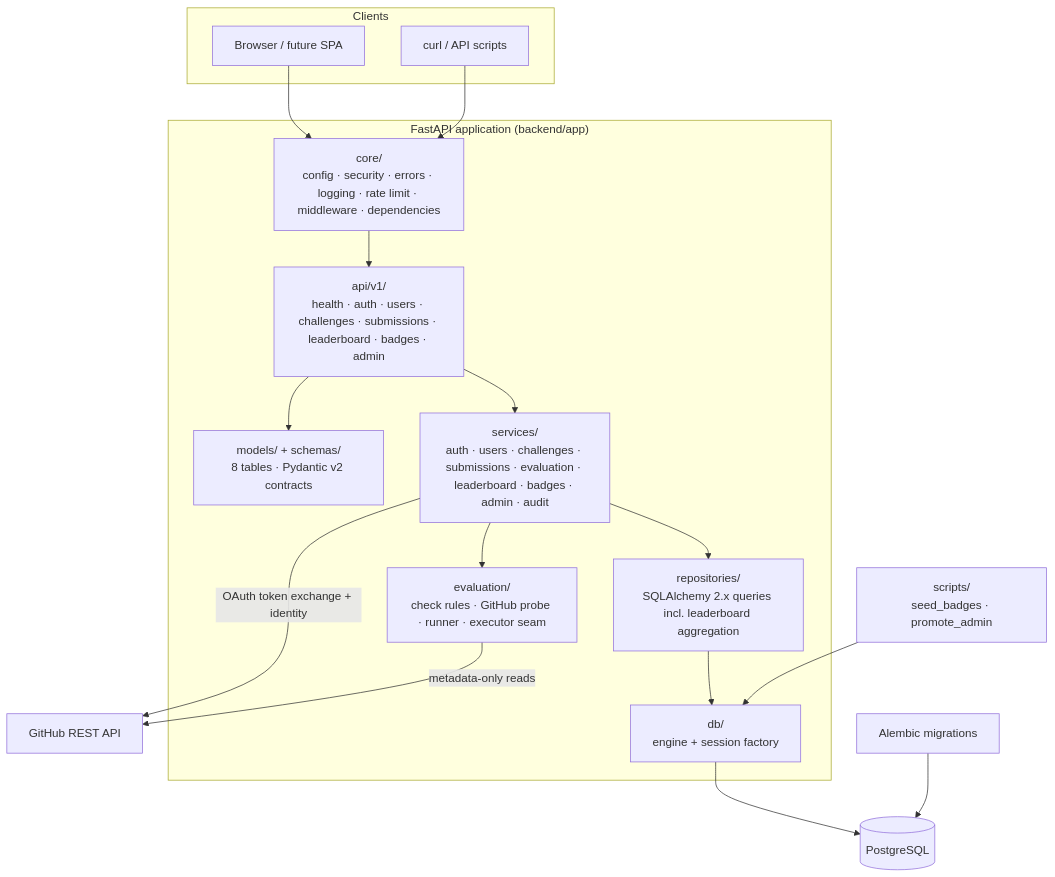
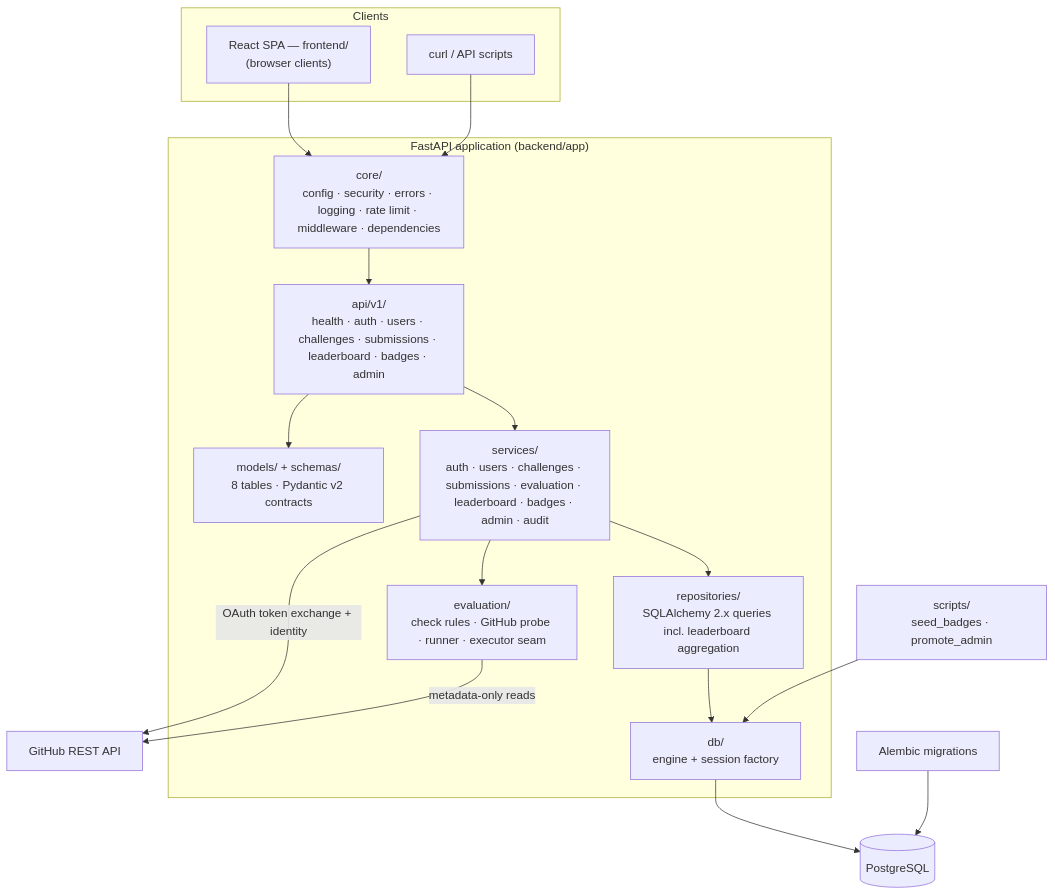
Before and after one commit to Markkaruga254/GDG-TUM-dojo: the first of 3 diagrams in docs/ARCHITECTURE.md, drawn with Mermaid. The commit also changed other lines of this file and 2 other files, not shown here.

Commit message:
docs: document the frontend and update the project overview

````diff
--- a/docs/ARCHITECTURE.md
+++ b/docs/ARCHITECTURE.md
@@ -15,35 +15,35 @@
 ```mermaid
 flowchart TB
     subgraph clients["Clients"]
-        browser["Browser / future SPA"]
+        browser["React SPA — frontend/<br/>(browser clients)"]
         curl["curl / API scripts"]
     end
 
     subgraph fastapi["FastAPI application (backend/app)"]
         mw["core/<br/>config · security · errors · logging · rate limit · middleware · dependencies"]
         api["api/v1/<br/>health · auth · users · challenges · submissions · leaderboard · badges · admin"]
         svc["services/<br/>auth · users · challenges · submissions · evaluation · leaderboard · badges · admin · audit"]
         repo["repositories/<br/>SQLAlchemy 2.x queries incl. leaderboard aggregation"]
         ev["evaluation/<br/>check rules · GitHub probe · runner · executor seam"]
         session["db/<br/>engine + session factory"]
         models["models/ + schemas/<br/>8 tables · Pydantic v2 contracts"]
     end
 
     pg[("PostgreSQL")]
     gh["GitHub REST API"]
     scripts["scripts/<br/>seed_badges · promote_admin"]
     alembic["Alembic migrations"]
 
     browser --> mw
     curl --> mw
     mw --> api --> svc
     svc --> repo
     svc --> ev
     api --> models
     repo --> session
     session --> pg
     ev -- "metadata-only reads" --> gh
     svc -- "OAuth token exchange + identity" --> gh
     scripts --> session
     alembic --> pg
 ```
````
